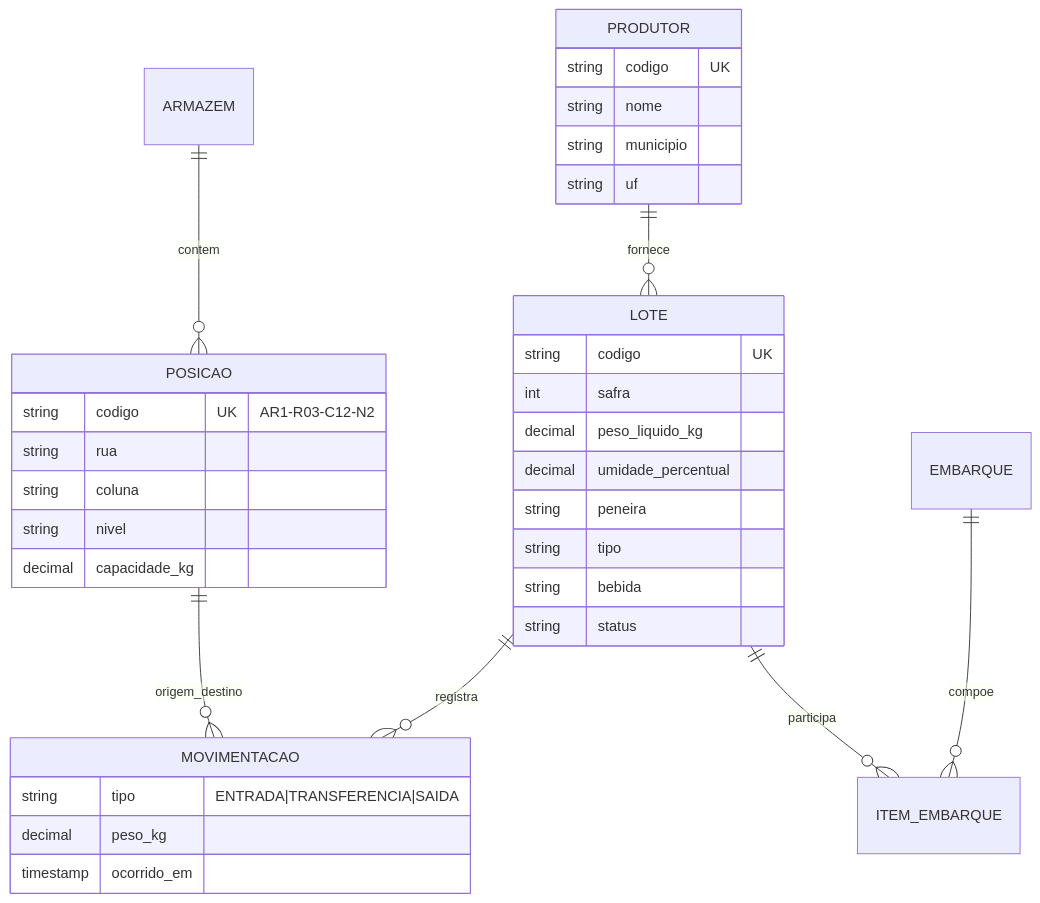
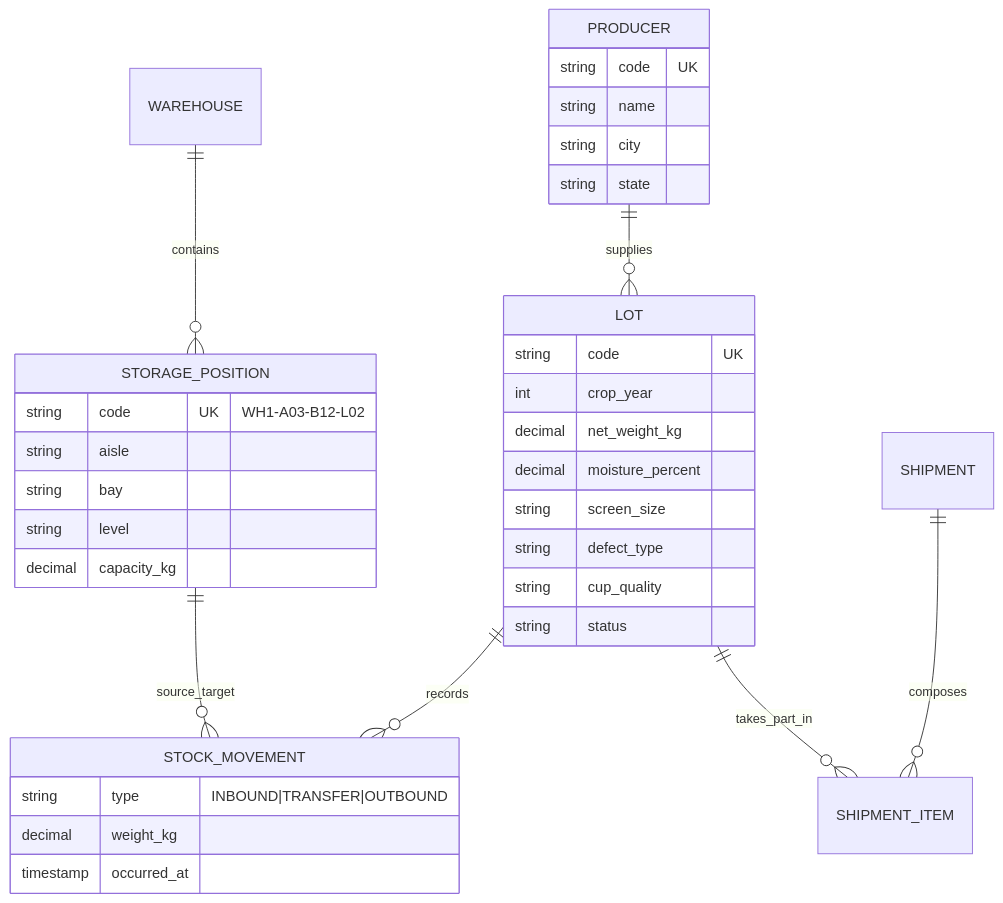
The diagram in README.md (MiguelGFerreira/coffee-warehouse-api), drawn with Mermaid before and after one commit. The commit also changed other lines of this file and 3 other files, not shown here.

````diff
--- a/README.md
+++ b/README.md
@@ -31,38 +31,38 @@
 ```mermaid
 erDiagram
-    PRODUTOR ||--o{ LOTE : fornece
-    ARMAZEM  ||--o{ POSICAO : contem
-    LOTE     ||--o{ MOVIMENTACAO : registra
-    POSICAO  ||--o{ MOVIMENTACAO : origem_destino
-    EMBARQUE ||--o{ ITEM_EMBARQUE : compoe
-    LOTE     ||--o{ ITEM_EMBARQUE : participa
+    PRODUCER ||--o{ LOT : supplies
+    WAREHOUSE ||--o{ STORAGE_POSITION : contains
+    LOT ||--o{ STOCK_MOVEMENT : records
+    STORAGE_POSITION ||--o{ STOCK_MOVEMENT : source_target
+    SHIPMENT ||--o{ SHIPMENT_ITEM : composes
+    LOT ||--o{ SHIPMENT_ITEM : takes_part_in
 
-    PRODUTOR {
-        string codigo UK
-        string nome
-        string municipio
-        string uf
+    PRODUCER {
+        string code UK
+        string name
+        string city
+        string state
     }
-    LOTE {
-        string codigo UK
-        int safra
-        decimal peso_liquido_kg
-        decimal umidade_percentual
-        string peneira
-        string tipo
-        string bebida
+    LOT {
+        string code UK
+        int crop_year
+        decimal net_weight_kg
+        decimal moisture_percent
+        string screen_size
+        string defect_type
+        string cup_quality
         string status
     }
-    POSICAO {
-        string codigo UK "AR1-R03-C12-N2"
-        string rua
-        string coluna
-        string nivel
-        decimal capacidade_kg
+    STORAGE_POSITION {
+        string code UK "WH1-A03-B12-L02"
+        string aisle
+        string bay
+        string level
+        decimal capacity_kg
     }
-    MOVIMENTACAO {
-        string tipo "ENTRADA|TRANSFERENCIA|SAIDA"
-        decimal peso_kg
-        timestamp ocorrido_em
+    STOCK_MOVEMENT {
+        string type "INBOUND|TRANSFER|OUTBOUND"
+        decimal weight_kg
+        timestamp occurred_at
     }
 ```
````
